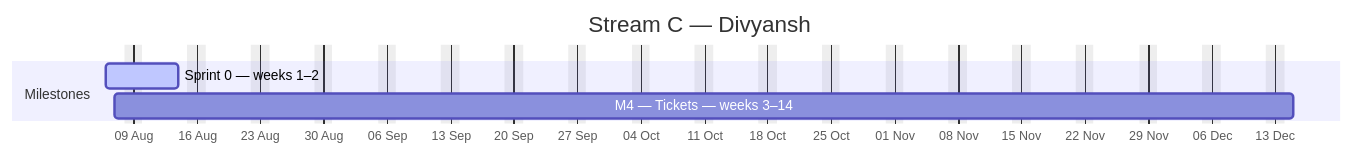
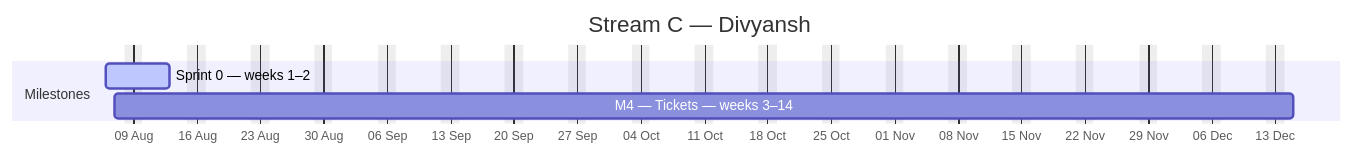
Before and after one commit to debashisedunext/EduTrack: the third of 4 diagrams in docs/plan/GANTT.md, drawn with Mermaid. The commit also changed other lines of this file and 3 other files, not shown here.

````diff
--- a/docs/plan/GANTT.md
+++ b/docs/plan/GANTT.md
@@ -158,10 +149,10 @@
 ```mermaid
 gantt
     dateFormat YYYY-MM-DD
     axisFormat %d %b
     title Stream C — Divyansh
     excludes weekends
     section Milestones
-    Sprint 0 — weeks 1–2 :active, c0, 2026-08-06, 6d
+    Sprint 0 — weeks 1–2 :active, c0, 2026-08-06, 5d
     M4 — Tickets — weeks 3–14 :c1, 2026-08-07, 92d
 ```
````
